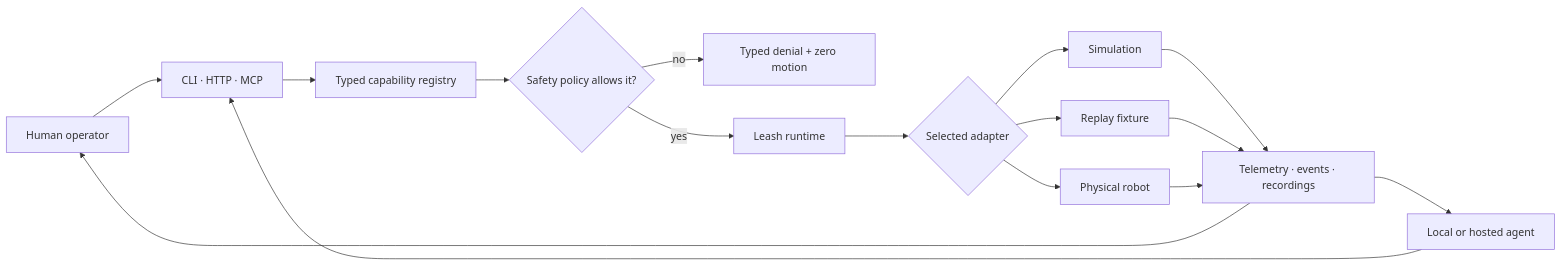
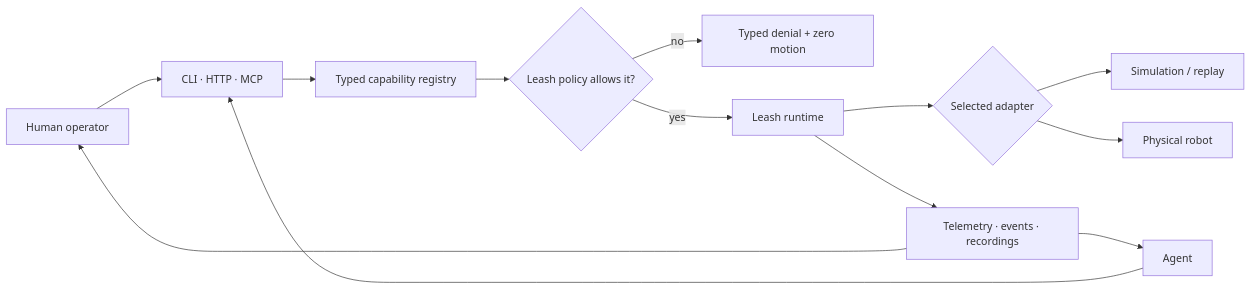
The first of 2 diagrams in README.md (specdog/leash), drawn with Mermaid before and after one commit. The commit also changed other lines of this file and 4 other files, not shown here.

````diff
--- a/README.md
+++ b/README.md
@@ -14,18 +23,15 @@
 ```mermaid
 flowchart LR
-  operator["Human operator"] --> surface
-  agent["Local or hosted agent"] --> surface
+  human["Human operator"] --> surface
+  agent["Agent"] --> surface
   surface["CLI · HTTP · MCP"] --> registry["Typed capability registry"]
-  registry --> policy{"Safety policy allows it?"}
+  registry --> policy{"Leash policy allows it?"}
   policy -- no --> denied["Typed denial + zero motion"]
   policy -- yes --> runtime["Leash runtime"]
   runtime --> adapter{"Selected adapter"}
-  adapter --> sim["Simulation"]
-  adapter --> replay["Replay fixture"]
+  adapter --> sim["Simulation / replay"]
   adapter --> robot["Physical robot"]
-  sim --> telemetry["Telemetry · events · recordings"]
-  replay --> telemetry
-  robot --> telemetry
-  telemetry --> operator
+  runtime --> telemetry["Telemetry · events · recordings"]
+  telemetry --> human
   telemetry --> agent
 ```
````
